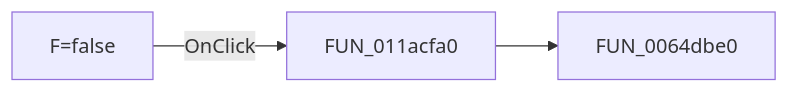
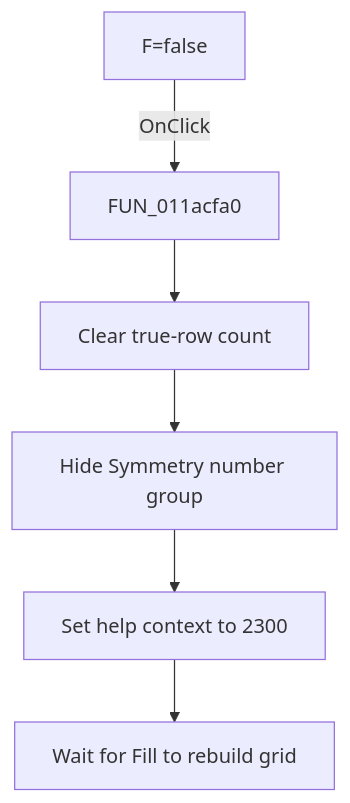
One commit to MovGP0/TIARA changed the diagram in docs/ui-controls/tables-form/radiof0-929bb31d3c.md. Above: the diagram before and after it, drawn with Mermaid. The commit also changed other lines of this file and 387 other files, not shown here.

````diff
--- a/docs/ui-controls/tables-form/radiof0-929bb31d3c.md
+++ b/docs/ui-controls/tables-form/radiof0-929bb31d3c.md
@@ -27,5 +27,8 @@
 ```mermaid
-flowchart LR
+flowchart TD
     control["F=false"] -->|OnClick| handler["FUN_011acfa0"]
-    handler --> call1["FUN_0064dbe0"]
+    handler --> clear["Clear true-row count"]
+    clear --> hide["Hide Symmetry number group"]
+    hide --> topic["Set help context to 2300"]
+    topic --> wait["Wait for Fill to rebuild grid"]
 ```
````
